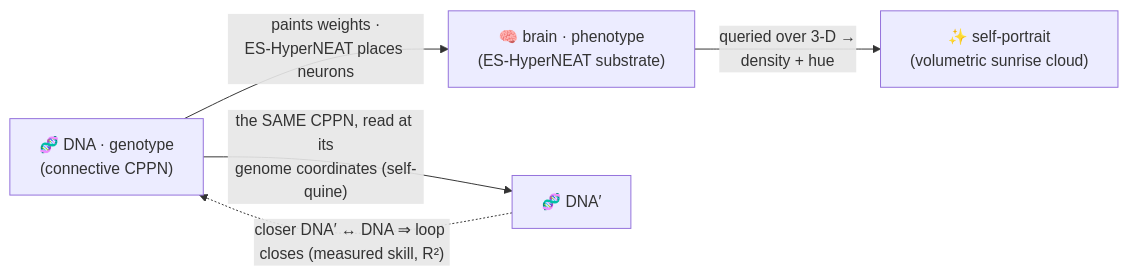
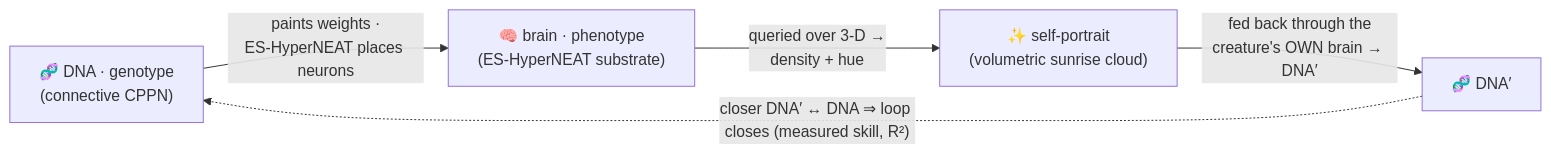
Before and after one commit to admiralakber/autograph: the diagram in README.md, drawn with Mermaid. The commit also changed other lines of this file and 6 other files, not shown here.

First line of the commit message:
docs: retell the loop as picture→brain→DNA′ (honest, humbler skill)

````diff
--- a/README.md
+++ b/README.md
@@ -36,7 +36,7 @@
 ```mermaid
 flowchart LR
   DNA["🧬 DNA · genotype<br/>(connective CPPN)"] -->|"paints weights ·<br/>ES-HyperNEAT places neurons"| PHENO["🧠 brain · phenotype<br/>(ES-HyperNEAT substrate)"]
   PHENO -->|"queried over 3-D →<br/>density + hue"| ART["✨ self-portrait<br/>(volumetric sunrise cloud)"]
-  DNA -->|"the SAME CPPN, read at its<br/>genome coordinates (self-quine)"| DNA2["🧬 DNA′"]
+  ART -->|"fed back through the<br/>creature's OWN brain → DNA′"| DNA2["🧬 DNA′"]
   DNA2 -. "closer DNA′ ↔ DNA ⇒ loop closes (measured skill, R²)" .-> DNA
 ```
````
